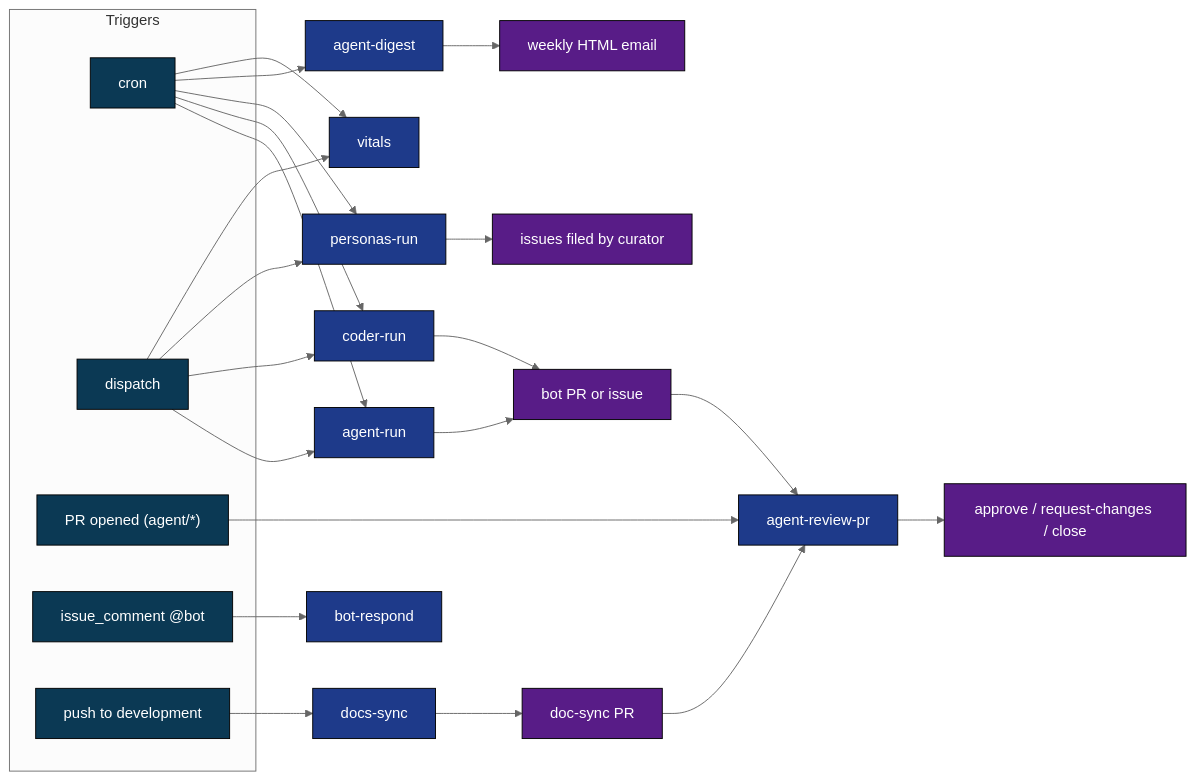
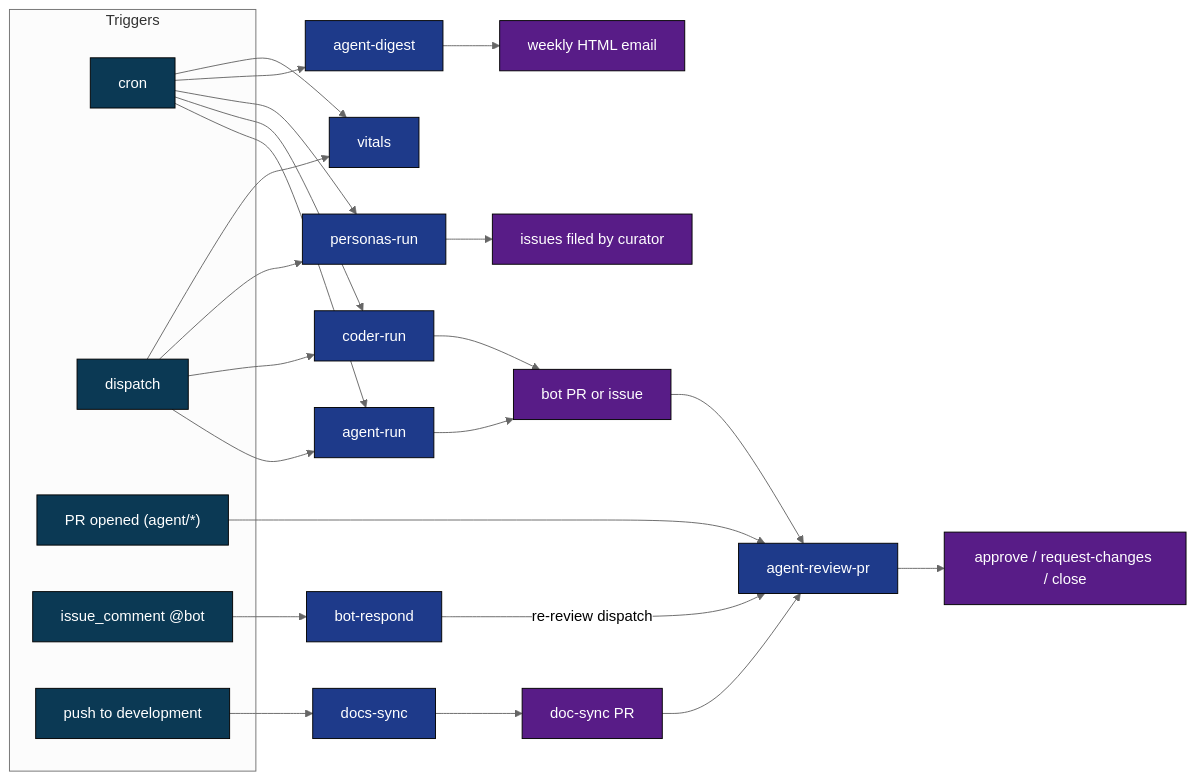
One commit to gregreindel/llm-exe changed the second of 16 diagrams in .github/docs/WORKFLOW_ARCHITECTURE.md. Above: the diagram before and after it, drawn with Mermaid (neutral theme). The commit also changed other lines of this file and 2 other files, not shown here.

First line of the commit message:
docs: sync review deep dive after agent-review-pr.yml review-bot changes

````diff
--- a/.github/docs/WORKFLOW_ARCHITECTURE.md
+++ b/.github/docs/WORKFLOW_ARCHITECTURE.md
@@ -71,45 +71,46 @@
 ```mermaid
 flowchart LR
     classDef trig fill:#0b3954,color:#fff,stroke:#000
     classDef job fill:#1e3a8a,color:#fff,stroke:#000
     classDef out fill:#581c87,color:#fff,stroke:#000
 
     subgraph T["Triggers"]
         c[cron]:::trig
         d[dispatch]:::trig
         p["PR opened (agent/*)"]:::trig
         cm["issue_comment @bot"]:::trig
         ph[push to development]:::trig
     end
 
     AR[agent-run]:::job
     CR[coder-run]:::job
     PR[personas-run]:::job
     RV[agent-review-pr]:::job
     DG[agent-digest]:::job
     BR[bot-respond]:::job
     DS[docs-sync]:::job
     VT[vitals]:::job
 
     c --> AR
     c --> CR
     c --> PR
     c --> DG
     c --> VT
     d --> AR
     d --> CR
     d --> PR
     d --> VT
     p --> RV
     cm --> BR
     ph --> DS
 
     AR --> O1[bot PR or issue]:::out
     CR --> O1
     PR --> O2[issues filed by curator]:::out
     DS --> O3[doc-sync PR]:::out
     DG --> O4[weekly HTML email]:::out
     O1 --> RV
     O3 --> RV
+    BR -->|re-review dispatch| RV
     RV --> O5[approve / request-changes / close]:::out
 ```
````
